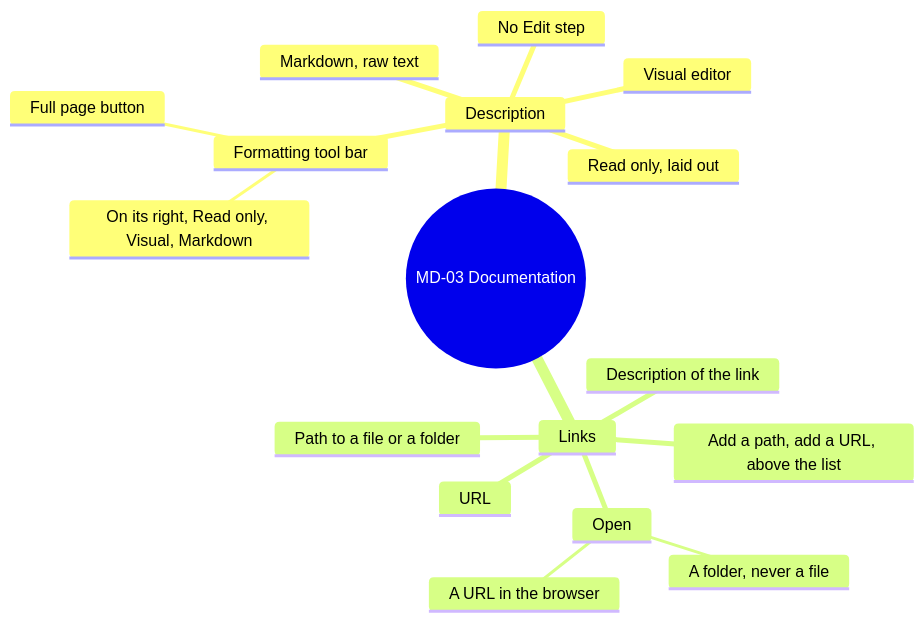
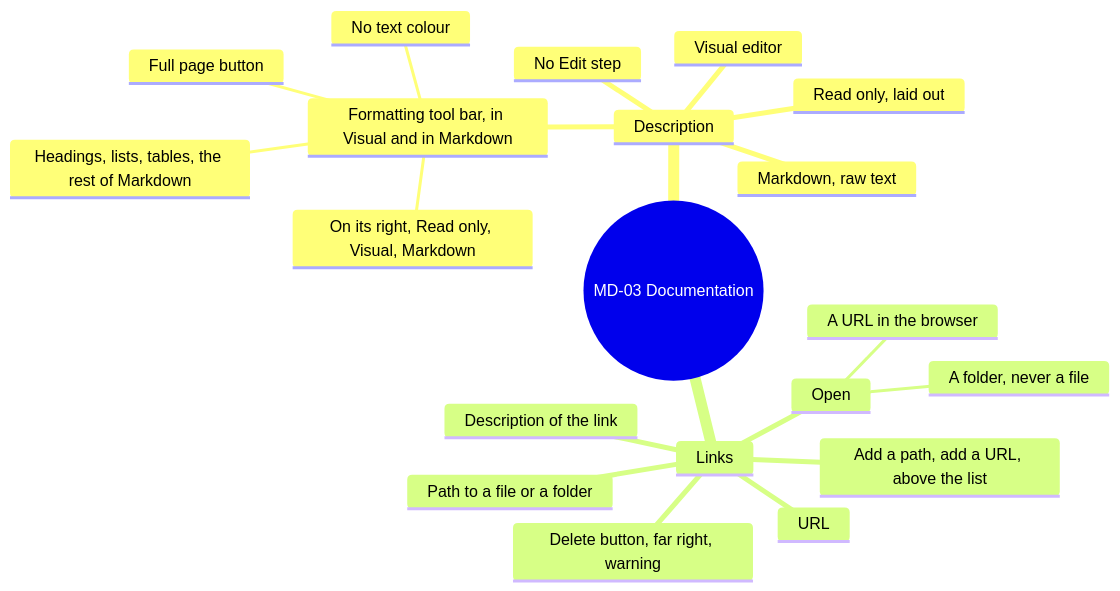
One commit to AlexandreGallais/synoptic-studio-spec changed the fourth of 16 diagrams in screens/metadata.md. Above: the diagram before and after it, drawn with Mermaid. The commit also changed other lines of this file and 13 other files, not shown here.

````diff
--- a/screens/metadata.md
+++ b/screens/metadata.md
@@ -114,20 +127,23 @@
 ```mermaid
 mindmap
   root((MD-03 Documentation))
     Description
       No Edit step
-      Formatting tool bar
+      Formatting tool bar, in Visual and in Markdown
+        Headings, lists, tables, the rest of Markdown
+        No text colour
         On its right, Read only, Visual, Markdown
         Full page button
       Read only, laid out
       Visual editor
       Markdown, raw text
     Links
       Add a path, add a URL, above the list
       Path to a file or a folder
       URL
       Description of the link
       Open
         A folder, never a file
         A URL in the browser
+      Delete button, far right, warning
 ```
````
